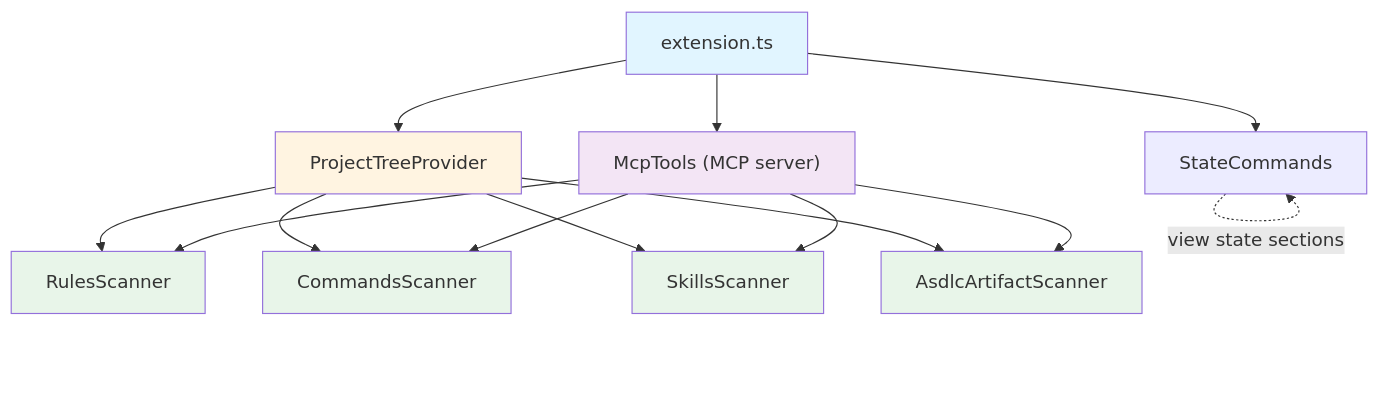
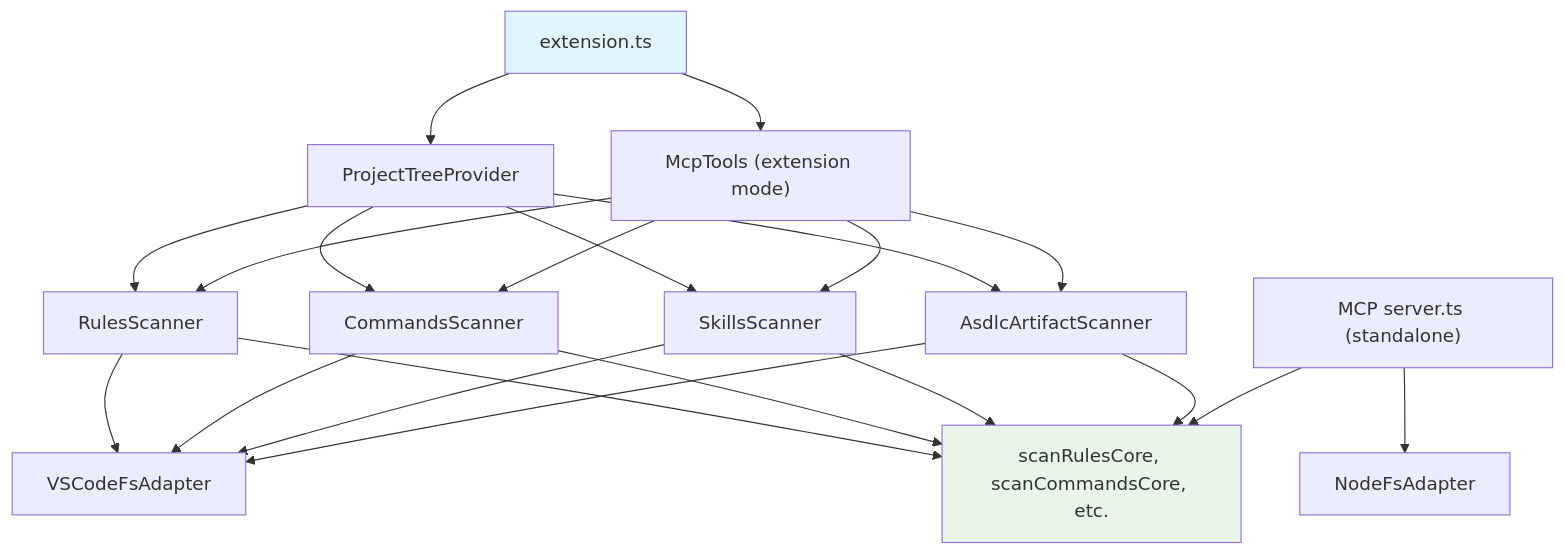
One commit to fancy-bread/agent-context-explorer changed the diagram in specs/scanners/spec.md. Above: the diagram before and after it, drawn with Mermaid. The commit also changed other lines of this file and 25 other files, not shown here.

Commit message:
feat: unified scanner core with IFileSystem adapters (FB-75)

````diff
--- a/specs/scanners/spec.md
+++ b/specs/scanners/spec.md
@@ -54,36 +73,44 @@
 ```mermaid
 graph TB
     Extension["extension.ts"]
     TreeProvider["ProjectTreeProvider"]
-    StateCommands["StateCommands"]
-    McpTools["McpTools (MCP server)"]
+    McpTools["McpTools (extension mode)"]
+    McpStandalone["MCP server.ts (standalone)"]
     
     RulesScanner["RulesScanner"]
     CommandsScanner["CommandsScanner"]
     SkillsScanner["SkillsScanner"]
     AsdlcScanner["AsdlcArtifactScanner"]
     
+    Core["scanRulesCore, scanCommandsCore, etc."]
+    VSCodeAdapter["VSCodeFsAdapter"]
+    NodeAdapter["NodeFsAdapter"]
+    
     Extension --> TreeProvider
-    Extension --> StateCommands
     Extension --> McpTools
     
     TreeProvider --> RulesScanner
     TreeProvider --> CommandsScanner
     TreeProvider --> SkillsScanner
     TreeProvider --> AsdlcScanner
     
-    StateCommands -.-> |view state sections| StateCommands
-    
     McpTools --> RulesScanner
     McpTools --> CommandsScanner
     McpTools --> SkillsScanner
     McpTools --> AsdlcScanner
     
+    RulesScanner --> VSCodeAdapter
+    RulesScanner --> Core
+    CommandsScanner --> VSCodeAdapter
+    CommandsScanner --> Core
+    SkillsScanner --> VSCodeAdapter
+    SkillsScanner --> Core
+    AsdlcScanner --> VSCodeAdapter
+    AsdlcScanner --> Core
+    
+    McpStandalone --> NodeAdapter
+    McpStandalone --> Core
+    
     style Extension fill:#e1f5ff
-    style TreeProvider fill:#fff4e1
-    style McpTools fill:#f3e5f5
-    style RulesScanner fill:#e8f5e9
-    style CommandsScanner fill:#e8f5e9
-    style SkillsScanner fill:#e8f5e9
-    style AsdlcScanner fill:#e8f5e9
+    style Core fill:#e8f5e9
 ```
````
